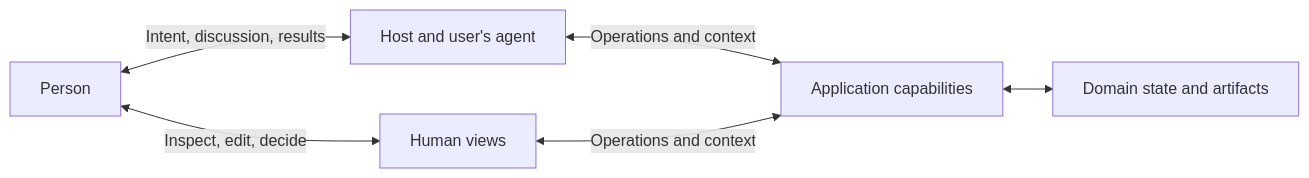
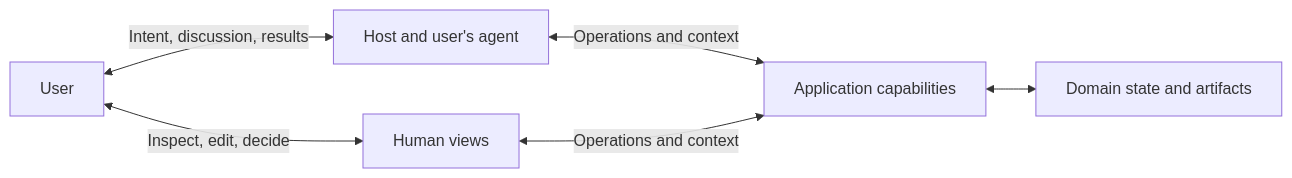
One commit to suraciii/agent-native-manifesto changed the diagram in docs/foundations.md. Above: the diagram before and after it, drawn with Mermaid. The commit also changed other lines of this file and 13 other files, not shown here.

````diff
--- a/docs/foundations.md
+++ b/docs/foundations.md
@@ -39,8 +47,8 @@
 ```mermaid
 flowchart LR
-    P[Person] <-->|Intent, discussion, results| H[Host and user's agent]
+    P[User] <-->|Intent, discussion, results| H[Host and user's agent]
     P <-->|Inspect, edit, decide| V[Human views]
     H <-->|Operations and context| A[Application capabilities]
     V <-->|Operations and context| A
     A <--> S[Domain state and artifacts]
 ```
````
